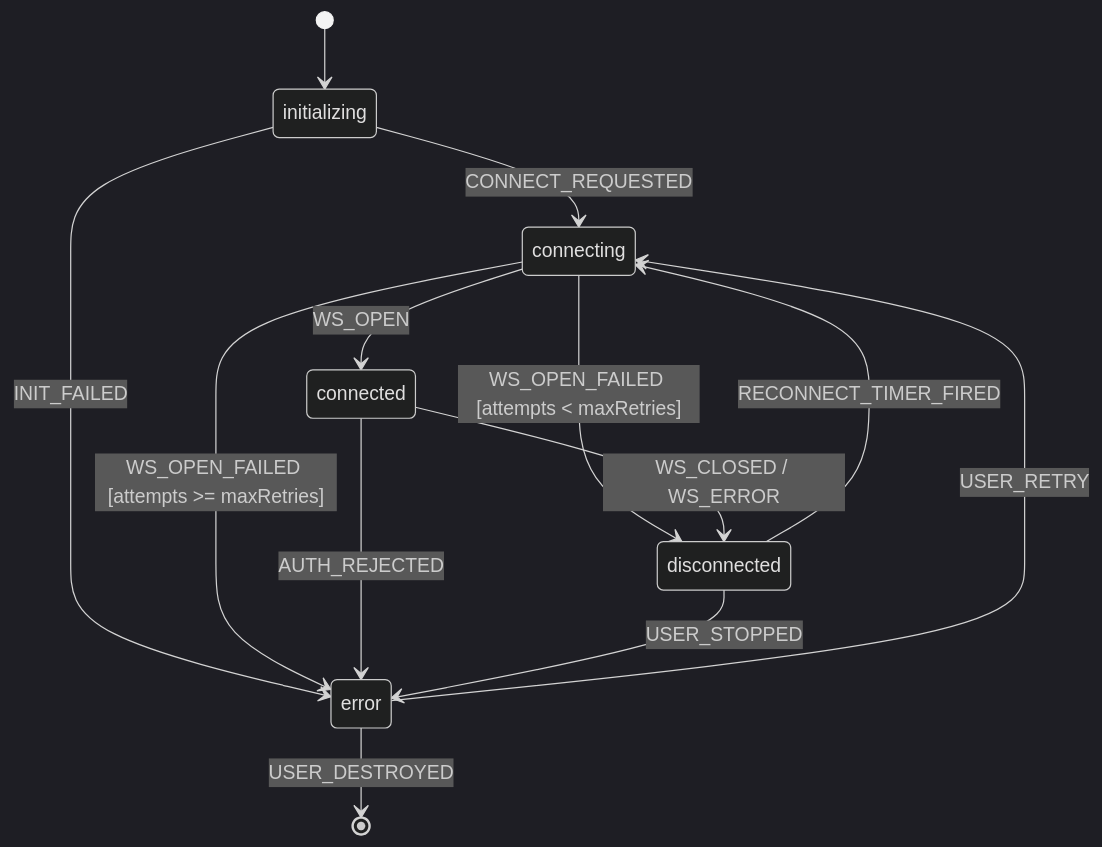
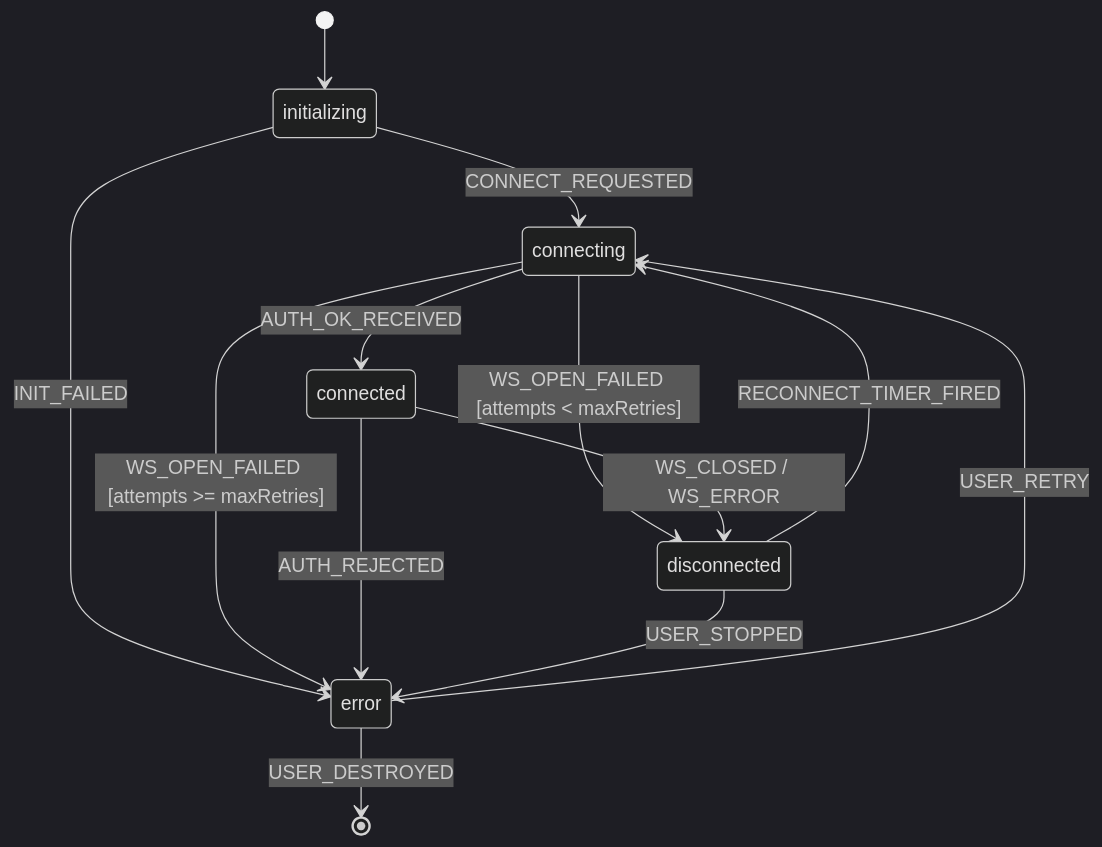
One commit to tnando/my-robo-taxi-telemetry changed the first of 4 diagrams in docs/contracts/state-machine.md. Above: the diagram before and after it, drawn with Mermaid (dark theme). The commit also changed other lines of this file and 1 other file, not shown here.

First line of the commit message:
MYR-31 Amend C-3 trigger from first-frame to auth_ok receipt (DV-15) (#171)

````diff
--- a/docs/contracts/state-machine.md
+++ b/docs/contracts/state-machine.md
@@ -37,20 +37,20 @@
 ```mermaid
 stateDiagram-v2
     [*] --> initializing
 
     initializing --> connecting : CONNECT_REQUESTED
     initializing --> error : INIT_FAILED
 
-    connecting --> connected : WS_OPEN
+    connecting --> connected : AUTH_OK_RECEIVED
     connecting --> disconnected : WS_OPEN_FAILED [attempts < maxRetries]
     connecting --> error : WS_OPEN_FAILED [attempts >= maxRetries]
 
     connected --> disconnected : WS_CLOSED / WS_ERROR
     connected --> error : AUTH_REJECTED
 
     disconnected --> connecting : RECONNECT_TIMER_FIRED
     disconnected --> error : USER_STOPPED
 
     error --> connecting : USER_RETRY
     error --> [*] : USER_DESTROYED
 ```
````
